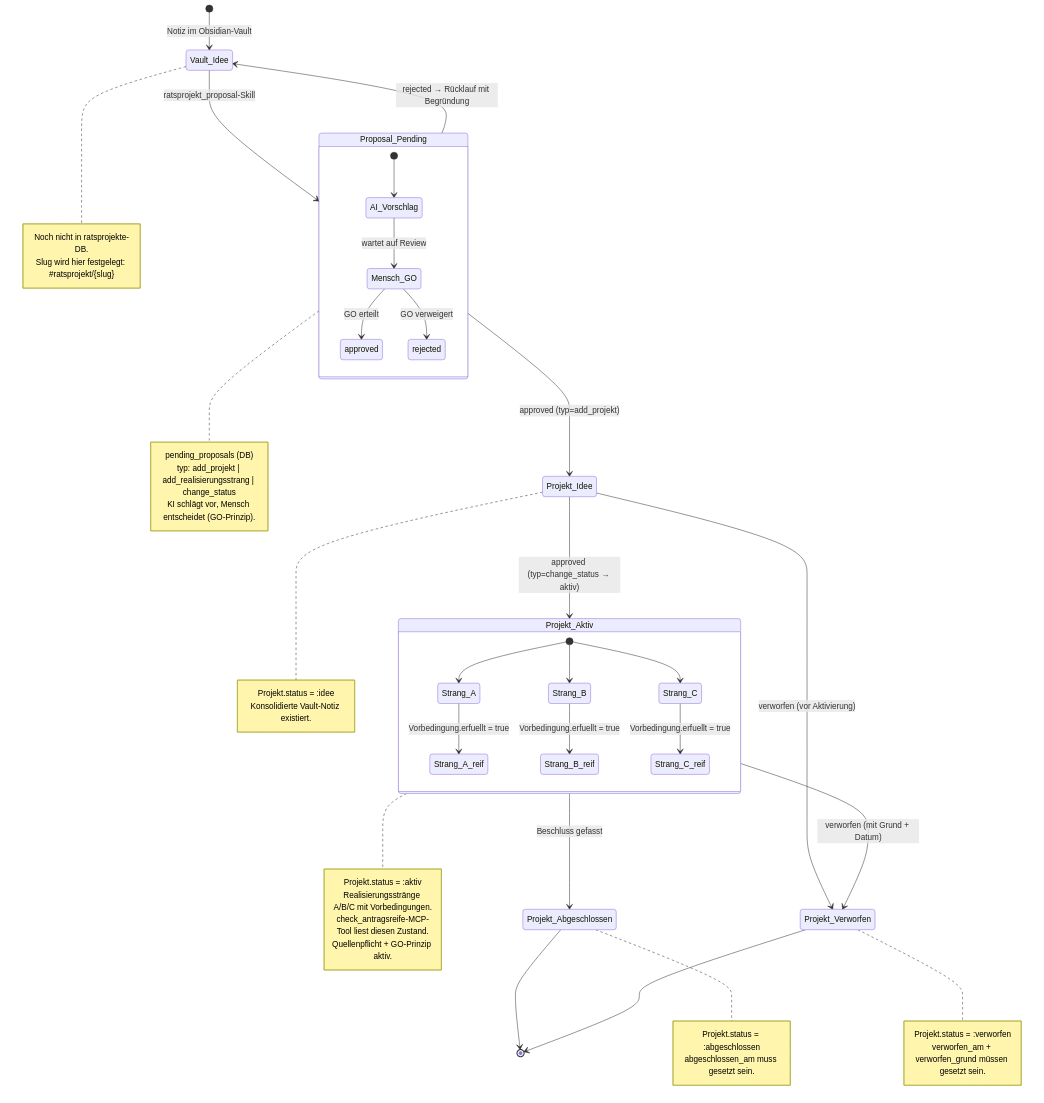
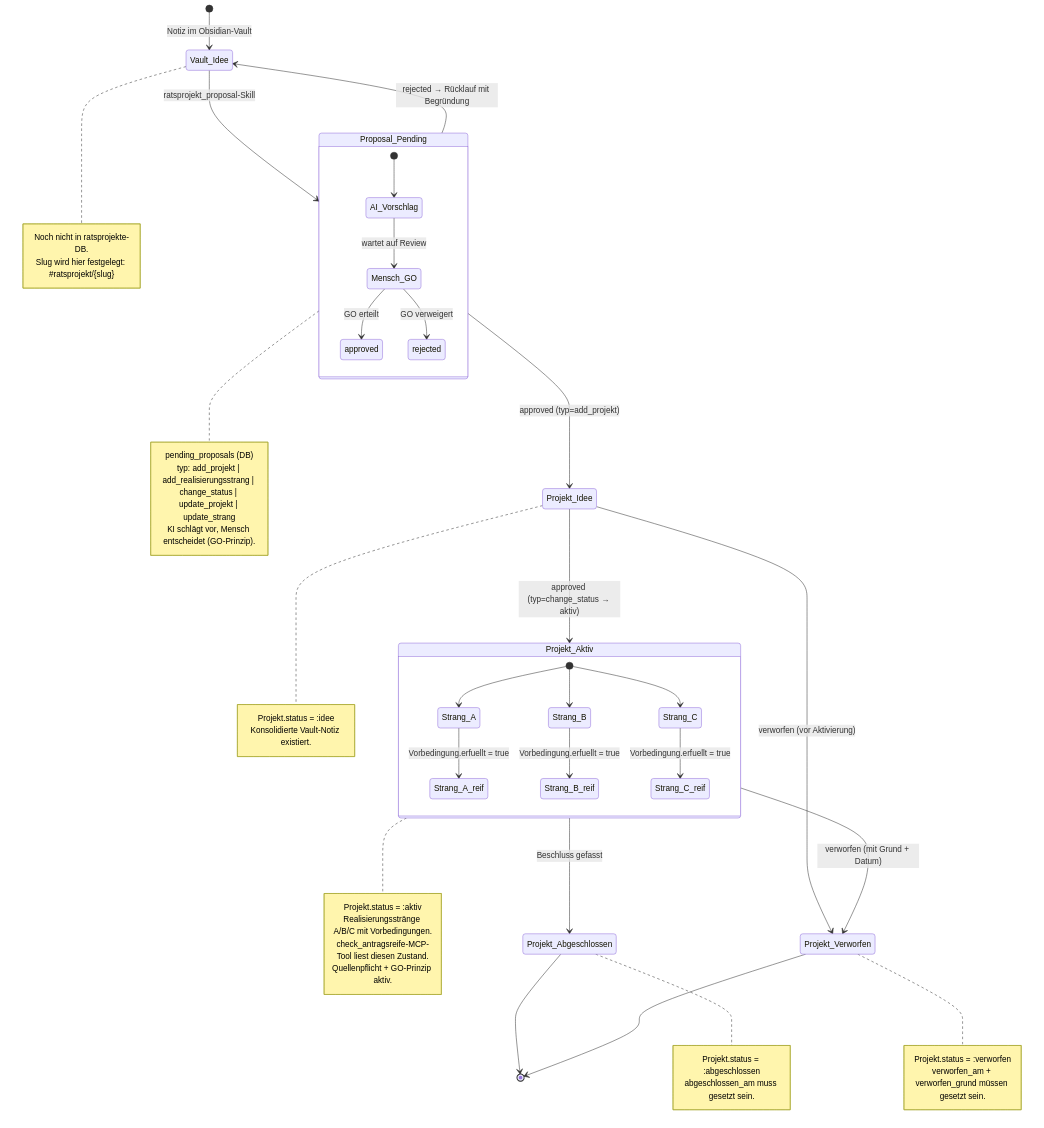
One commit to croesnick/kommunalpolitik_ki changed the diagram in docs/ratsprojekte-lifecycle.md. Above: the diagram before and after it, drawn with Mermaid. The commit also changed other lines of this file and 4 other files, not shown here.

````diff
--- a/docs/ratsprojekte-lifecycle.md
+++ b/docs/ratsprojekte-lifecycle.md
@@ -11,61 +11,61 @@
 ```mermaid
 stateDiagram-v2
     [*] --> Vault_Idee: Notiz im Obsidian-Vault
 
     Vault_Idee --> Proposal_Pending: ratsprojekt_proposal-Skill
     note right of Vault_Idee
         Noch nicht in ratsprojekte-DB.
         Slug wird hier festgelegt: #ratsprojekt/{slug}
     end note
 
     state Proposal_Pending {
         [*] --> AI_Vorschlag
         AI_Vorschlag --> Mensch_GO: wartet auf Review
         Mensch_GO --> approved: GO erteilt
         Mensch_GO --> rejected: GO verweigert
     }
     note right of Proposal_Pending
         pending_proposals (DB)
-        typ: add_projekt | add_realisierungsstrang | change_status
+        typ: add_projekt | add_realisierungsstrang | change_status | update_projekt | update_strang
         KI schlägt vor, Mensch entscheidet (GO-Prinzip).
     end note
 
     Proposal_Pending --> Vault_Idee: rejected → Rücklauf mit Begründung
     Proposal_Pending --> Projekt_Idee: approved (typ=add_projekt)
 
     Projekt_Idee --> Projekt_Aktiv: approved (typ=change_status → aktiv)
     note right of Projekt_Idee
         Projekt.status = :idee
         Konsolidierte Vault-Notiz existiert.
     end note
 
     state Projekt_Aktiv {
         [*] --> Strang_A
         [*] --> Strang_B
         [*] --> Strang_C
         Strang_A --> Strang_A_reif: Vorbedingung.erfuellt = true
         Strang_B --> Strang_B_reif: Vorbedingung.erfuellt = true
         Strang_C --> Strang_C_reif: Vorbedingung.erfuellt = true
     }
     note right of Projekt_Aktiv
         Projekt.status = :aktiv
         Realisierungsstränge A/B/C mit Vorbedingungen.
         check_antragsreife-MCP-Tool liest diesen Zustand.
         Quellenpflicht + GO-Prinzip aktiv.
     end note
 
     Projekt_Aktiv --> Projekt_Abgeschlossen: Beschluss gefasst
     Projekt_Aktiv --> Projekt_Verworfen: verworfen (mit Grund + Datum)
     Projekt_Idee --> Projekt_Verworfen: verworfen (vor Aktivierung)
 
     Projekt_Abgeschlossen --> [*]
     Projekt_Verworfen --> [*]
     note right of Projekt_Abgeschlossen
         Projekt.status = :abgeschlossen
         abgeschlossen_am muss gesetzt sein.
     end note
     note right of Projekt_Verworfen
         Projekt.status = :verworfen
         verworfen_am + verworfen_grund müssen gesetzt sein.
     end note
 ```
````
